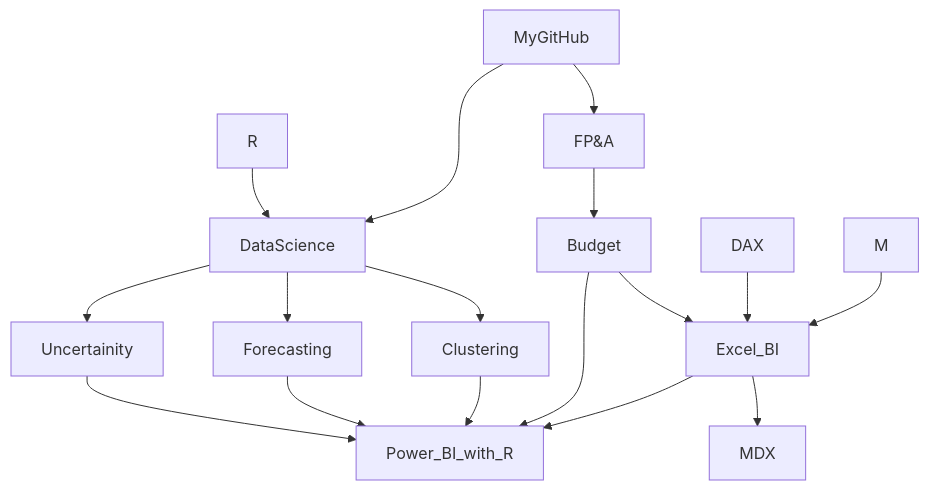
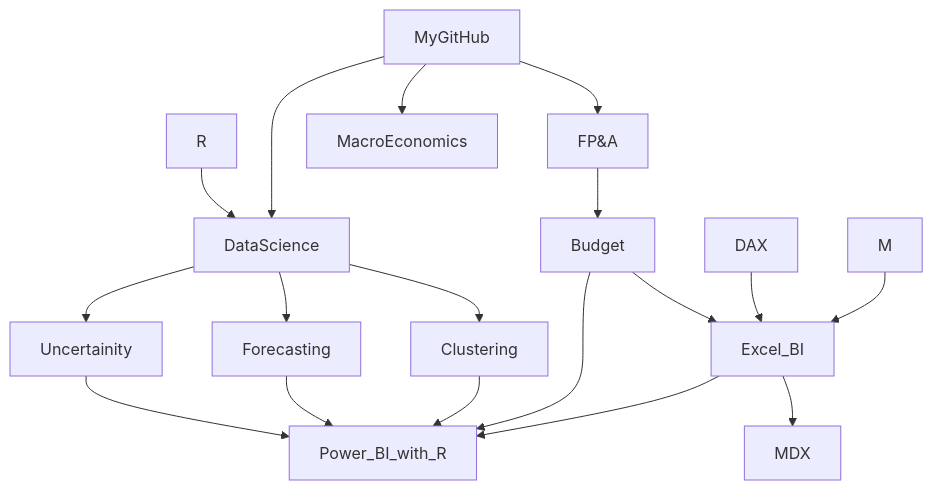
Before and after one commit to md3629/md3629: the diagram in README.md, drawn with Mermaid.

````diff
--- a/README.md
+++ b/README.md
@@ -9,19 +9,20 @@
 ```mermaid
 graph TD;
     MyGitHub-->FP&A;
     FP&A-->Budget;
     R-->DataScience;
     MyGitHub-->DataScience;
+    MyGitHub-->MacroEconomics;
     DataScience-->Forecasting;
     DataScience-->Clustering;
     DataScience-->Uncertainity;
     Uncertainity-->Power_BI_with_R;
     Forecasting-->Power_BI_with_R;
     Clustering-->Power_BI_with_R;
     Budget-->Power_BI_with_R;
     Budget-->Excel_BI;
     DAX-->Excel_BI;
     M-->Excel_BI;
     Excel_BI-->Power_BI_with_R;
     Excel_BI-->MDX;
 ```
````
